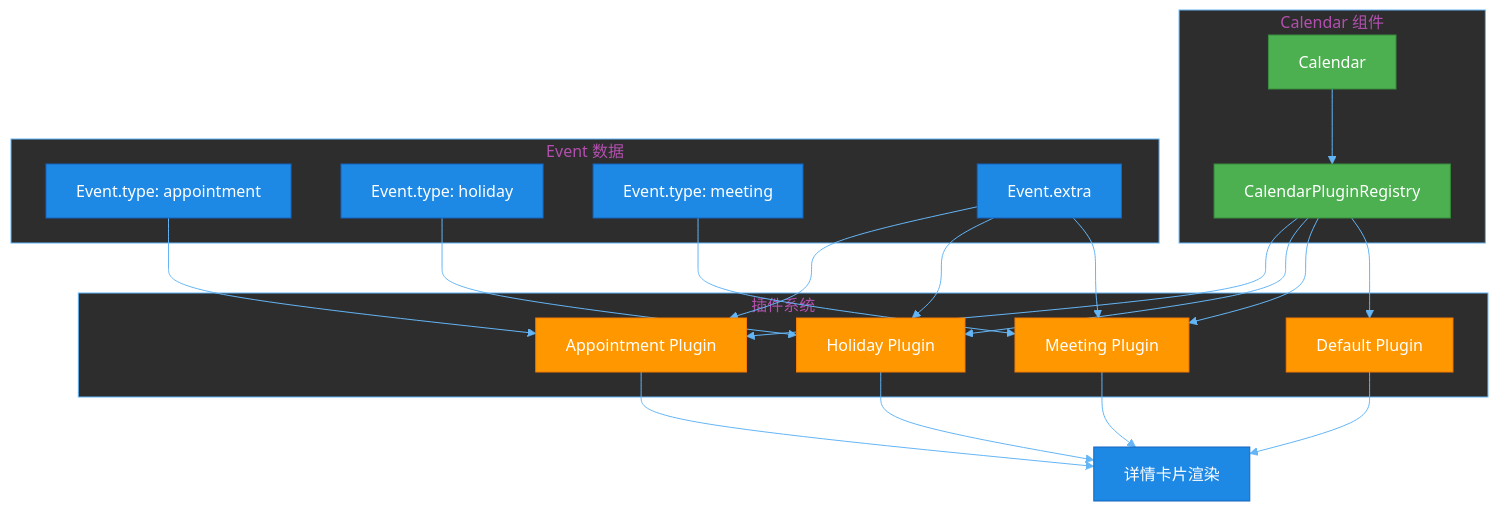
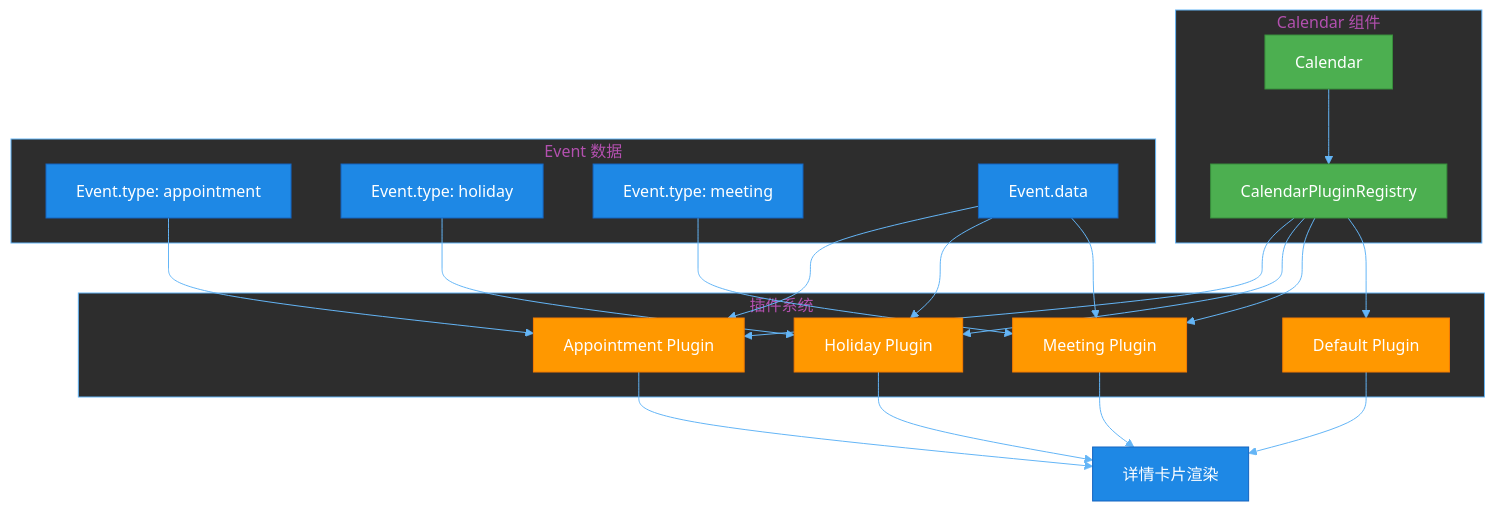
One commit to calenderjs/calenderjs changed the first of 4 diagrams in .spec/rfc/0012-calendar-plugin-mechanism.md. Above: the diagram before and after it, drawn with Mermaid. The commit also changed other lines of this file and 41 other files, not shown here.

````diff
--- a/.spec/rfc/0012-calendar-plugin-mechanism.md
+++ b/.spec/rfc/0012-calendar-plugin-mechanism.md
@@ -22,47 +22,47 @@
 ```mermaid
 %%{init: {'theme':'base', 'themeVariables': {'primaryColor':'#1e88e5', 'primaryTextColor':'#fff', 'primaryBorderColor':'#1565c0', 'lineColor':'#64b5f6', 'secondaryColor':'#ff9800', 'tertiaryColor':'#4caf50', 'background':'#121212', 'mainBkgColor':'#1e1e1e', 'secondBkgColor':'#2d2d2d', 'textColor':'#e0e0e0', 'clusterBkg':'#2d2d2d', 'clusterBorder':'#64b5f6'}}}%%
 graph TB
     subgraph "Calendar 组件"
         A[Calendar]
         B[CalendarPluginRegistry]
     end
 
     subgraph "插件系统"
         C[Appointment Plugin]
         D[Holiday Plugin]
         E[Meeting Plugin]
         F[Default Plugin]
     end
 
     subgraph "Event 数据"
         G[Event.type: appointment]
         H[Event.type: holiday]
         I[Event.type: meeting]
-        J[Event.extra]
+        J[Event.data]
     end
 
     A --> B
     B --> C
     B --> D
     B --> E
     B --> F
     G --> C
     H --> D
     I --> E
     J --> C
     J --> D
     J --> E
 
     C --> K[详情卡片渲染]
     D --> K
     E --> K
     F --> K
 
     style A fill:#4caf50,stroke:#388e3c,color:#fff
     style B fill:#4caf50,stroke:#388e3c,color:#fff
     style C fill:#ff9800,stroke:#f57c00,color:#fff
     style D fill:#ff9800,stroke:#f57c00,color:#fff
     style E fill:#ff9800,stroke:#f57c00,color:#fff
     style F fill:#ff9800,stroke:#f57c00,color:#fff
     style K fill:#1e88e5,stroke:#1565c0,color:#fff
 ```
````
